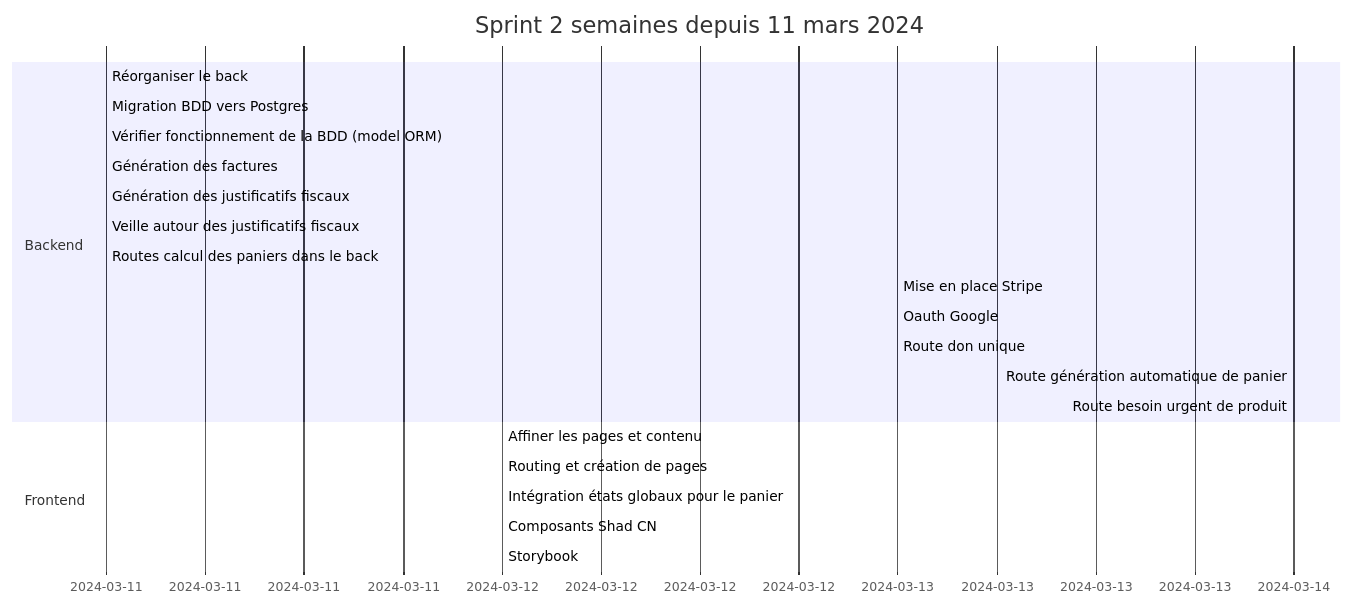
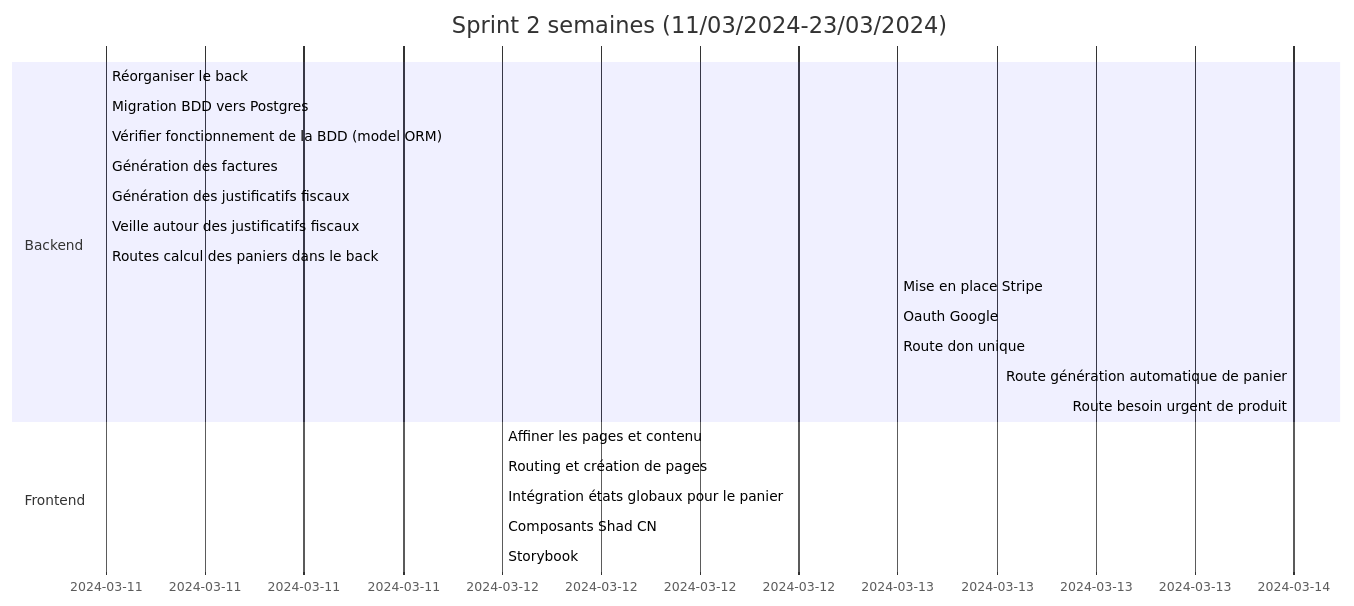
Before and after one commit to nat730/Chef-Doeuvre-doc: the first of 2 diagrams in sprint_11-03.md, drawn with Mermaid. The commit also changed other lines of this file, not shown here.

Commit message:
sprint reviem 11-03

````diff
--- a/sprint_11-03.md
+++ b/sprint_11-03.md
@@ -1,27 +3,27 @@
 ```mermaid
 gantt
-    title Sprint 2 semaines depuis 11 mars 2024
+    title Sprint 2 semaines (11/03/2024-23/03/2024)
     dateFormat YYYY-MM-DD
 
     section Backend
     Réorganiser le back : 2024-03-11,
     Migration BDD vers Postgres : 2024-03-11,
     Vérifier fonctionnement de la BDD (model ORM) : 2024-03-11,
     Génération des factures : 2024-03-11,
     Génération des justificatifs fiscaux : 2024-03-11,
     Veille autour des justificatifs fiscaux : 2024-03-11,
     Routes calcul des paniers dans le back : 2024-03-11,
     Mise en place Stripe : 2024-03-13,
     Oauth Google : 2024-03-13,
     Route don unique : 2024-03-13,
     Route génération automatique de panier : 2024-03-14,
     Route besoin urgent de produit : 202-03-14
 
     section Frontend
     Affiner les pages et contenu: 2024-03-12,
     Routing et création de pages: 2024-03-12,
     Intégration états globaux pour le panier: 2024-03-12,
     Composants Shad CN : 2024-03-12,
     Storybook : 2024-03-12,
 
 ```
````
